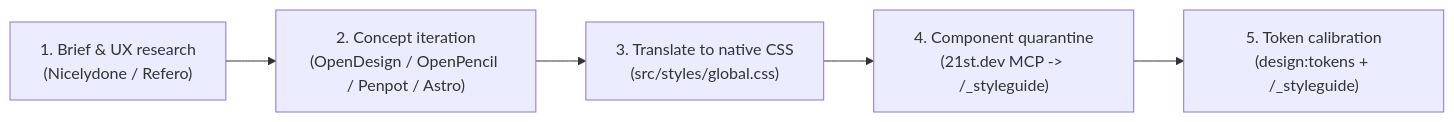
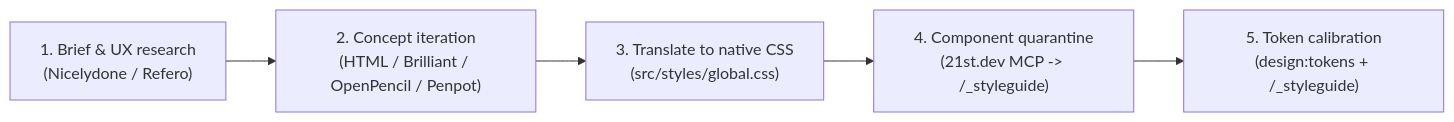
Before and after one commit to Vermeulen-Solutions/baseline: the diagram in docs/design-interchange.md, drawn with Mermaid. The commit also changed other lines of this file and 102 other files, not shown here.

First line of the commit message:
Add explicit design alternatives and Brilliant canvas workflow

````diff
--- a/docs/design-interchange.md
+++ b/docs/design-interchange.md
@@ -27,7 +27,7 @@
 ```mermaid
 flowchart LR
-    S1["1. Brief & UX research<br/>(Nicelydone / Refero)"] --> S2["2. Concept iteration<br/>(OpenDesign / OpenPencil / Penpot / Astro)"]
+    S1["1. Brief & UX research<br/>(Nicelydone / Refero)"] --> S2["2. Concept iteration<br/>(HTML / Brilliant / OpenPencil / Penpot)"]
     S2 --> S3["3. Translate to native CSS<br/>(src/styles/global.css)"]
     S3 --> S4["4. Component quarantine<br/>(21st.dev MCP -> /_styleguide)"]
     S4 --> S5["5. Token calibration<br/>(design:tokens + /_styleguide)"]
 ```
````
